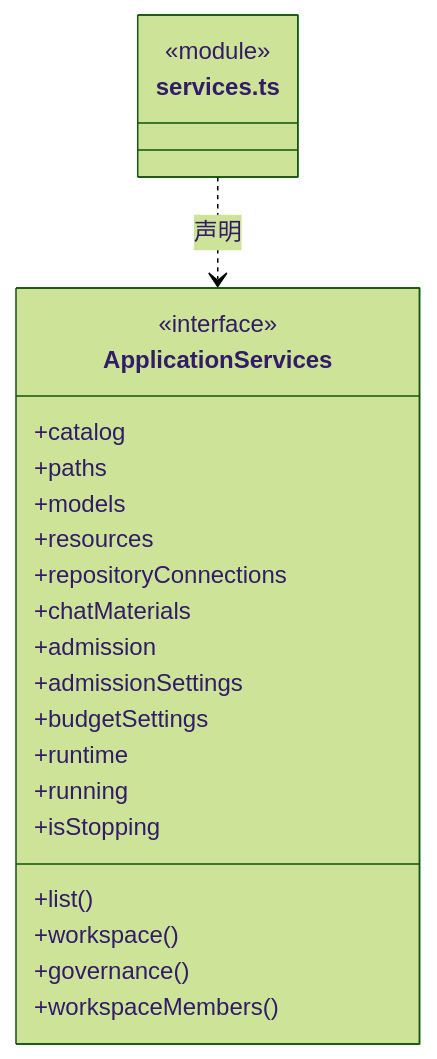
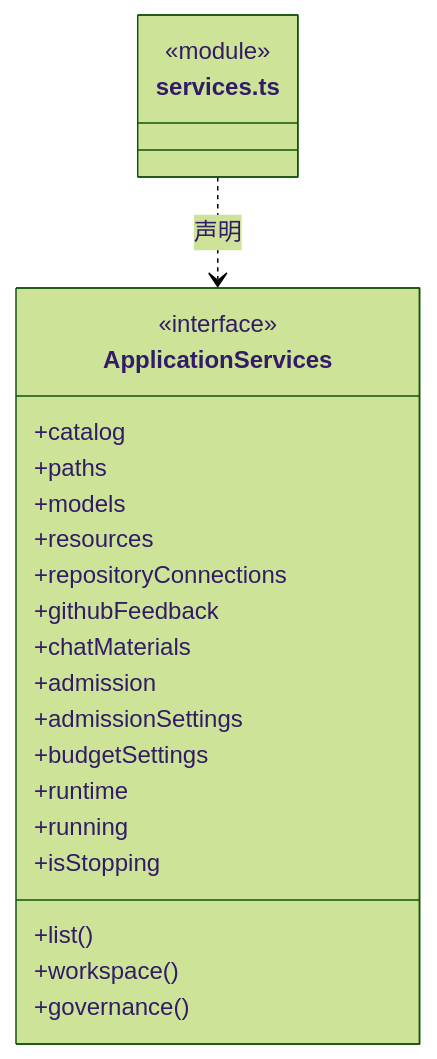
Before and after one commit to nan023062/cbim: the second of 4 diagrams in src/backend/main/ipc/ARCHITECTURE.md, drawn with Mermaid (forest theme). The commit also changed other lines of this file and 118 other files, not shown here.

````diff
--- a/src/backend/main/ipc/ARCHITECTURE.md
+++ b/src/backend/main/ipc/ARCHITECTURE.md
@@ -34,26 +34,26 @@
 ```mermaid
 classDiagram
 class N_src_backend_main_ipc_services_ts["services.ts"] {
   <<module>>
 }
 class N_src_backend_main_ipc_services_ts_ApplicationServices["ApplicationServices"] {
   <<interface>>
   +catalog
   +paths
   +models
   +resources
   +repositoryConnections
+  +githubFeedback
   +chatMaterials
   +admission
   +admissionSettings
   +budgetSettings
   +runtime
   +running
   +isStopping
   +list()
   +workspace()
   +governance()
-  +workspaceMembers()
 }
 N_src_backend_main_ipc_services_ts ..> N_src_backend_main_ipc_services_ts_ApplicationServices : 声明
 ```
````
